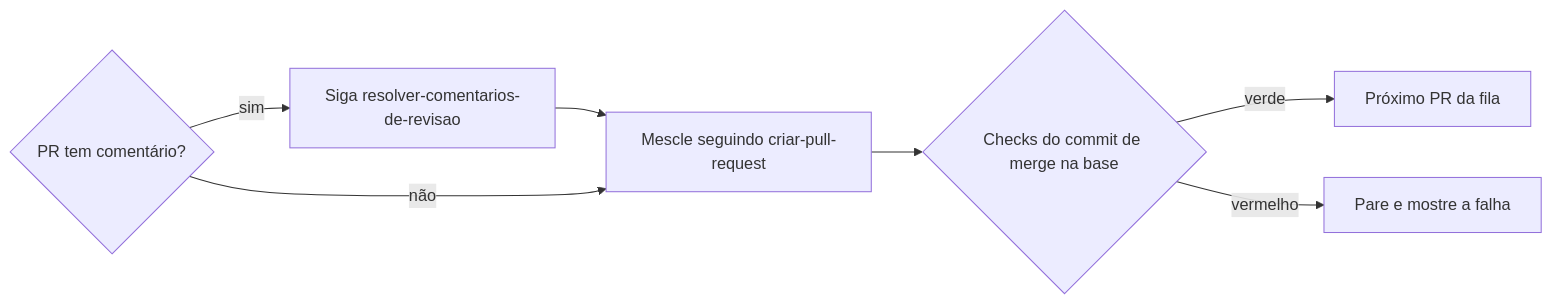
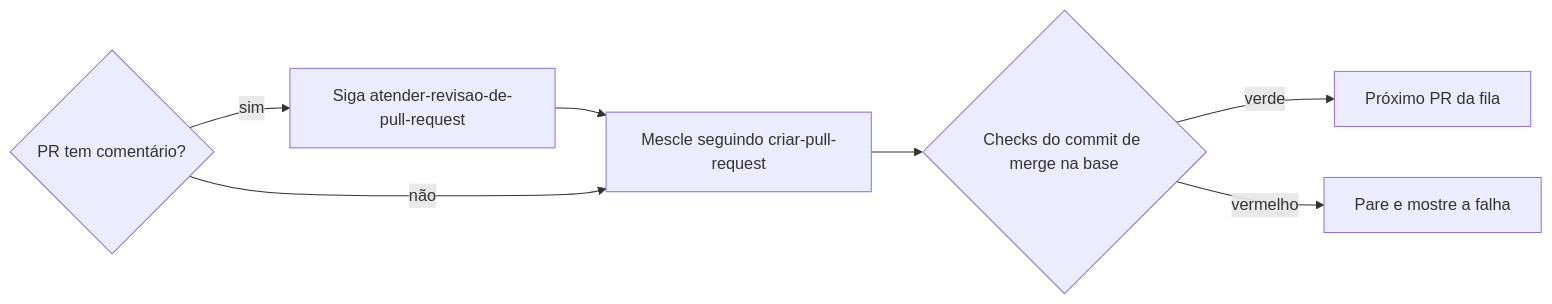
One commit to jimmyandrade/harness changed the diagram in .agents/skills/avaliar-atualizacoes-de-dependencia/SKILL.md. Above: the diagram before and after it, drawn with Mermaid. The commit also changed other lines of this file and 9 other files, not shown here.

First line of the commit message:
feat(atender-revisao-de-pull-request)!: rename resolver-comentarios-de-revisao and absorb the work of applying a review

````diff
--- a/.agents/skills/avaliar-atualizacoes-de-dependencia/SKILL.md
+++ b/.agents/skills/avaliar-atualizacoes-de-dependencia/SKILL.md
@@ -61,9 +61,9 @@
 ```mermaid
 flowchart LR
-  A{PR tem comentário?} -->|sim| B[Siga resolver-comentarios-de-revisao]
+  A{PR tem comentário?} -->|sim| B[Siga atender-revisao-de-pull-request]
   B --> C[Mescle seguindo criar-pull-request]
   A -->|não| C
   C --> D{Checks do commit de merge na base}
   D -->|verde| E[Próximo PR da fila]
   D -->|vermelho| F[Pare e mostre a falha]
 ```
````
